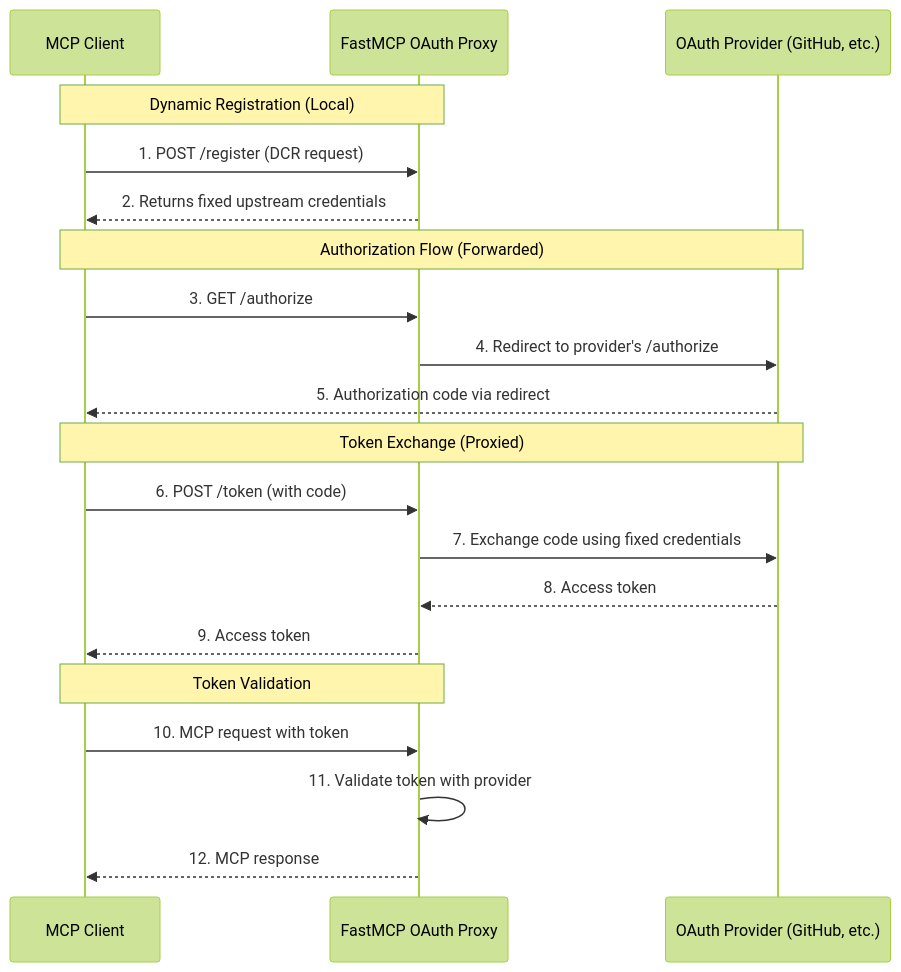
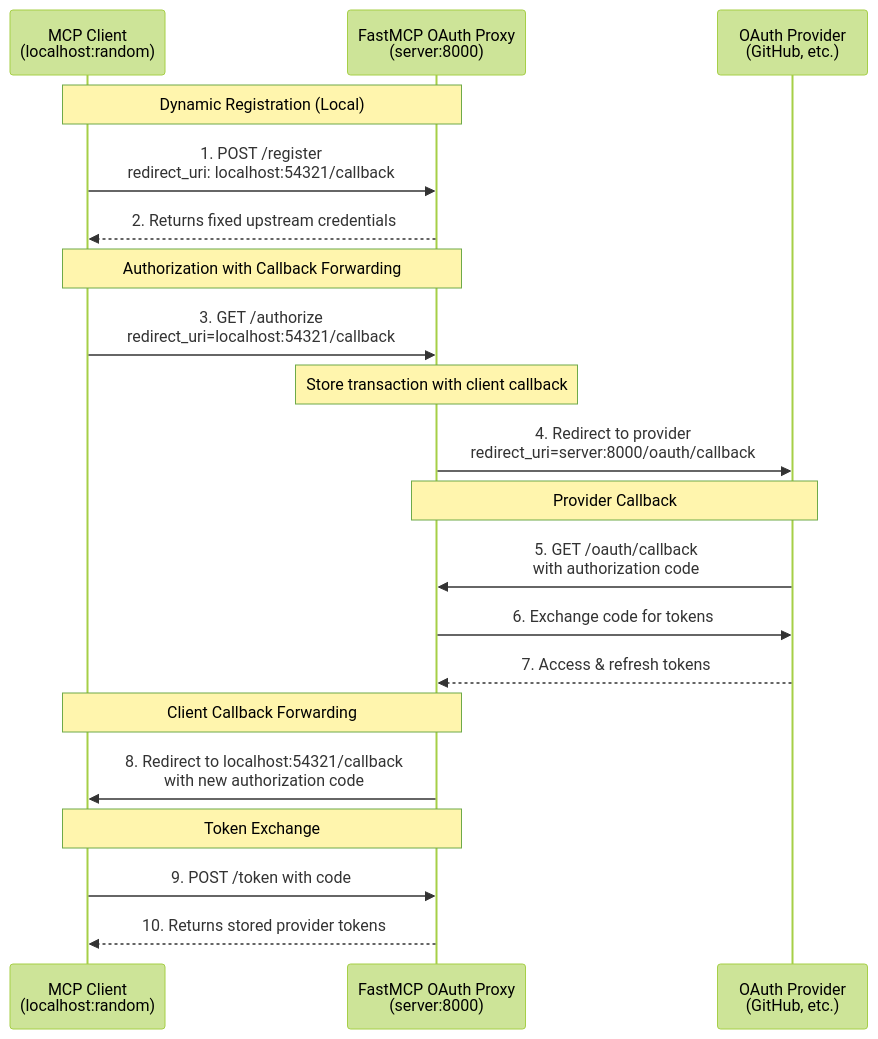
One commit to jlowin/fastmcp changed the diagram in docs/servers/auth/oauth-proxy.mdx. Above: the diagram before and after it, drawn with Mermaid (forest theme). The commit also changed other lines of this file and 4 other files, not shown here.

````diff
--- a/docs/servers/auth/oauth-proxy.mdx
+++ b/docs/servers/auth/oauth-proxy.mdx
@@ -35,26 +35,27 @@
 ```mermaid
 sequenceDiagram
-    participant Client as MCP Client
-    participant Proxy as FastMCP OAuth Proxy
-    participant Provider as OAuth Provider (GitHub, etc.)
+    participant Client as MCP Client<br/>(localhost:random)
+    participant Proxy as FastMCP OAuth Proxy<br/>(server:8000)
+    participant Provider as OAuth Provider<br/>(GitHub, etc.)
 
     Note over Client, Proxy: Dynamic Registration (Local)
-    Client->>Proxy: 1. POST /register (DCR request)
+    Client->>Proxy: 1. POST /register<br/>redirect_uri: localhost:54321/callback
     Proxy-->>Client: 2. Returns fixed upstream credentials
 
-    Note over Client, Provider: Authorization Flow (Forwarded)
-    Client->>Proxy: 3. GET /authorize
-    Proxy->>Provider: 4. Redirect to provider's /authorize
-    Provider-->>Client: 5. Authorization code via redirect
-
-    Note over Client, Provider: Token Exchange (Proxied)
-    Client->>Proxy: 6. POST /token (with code)
-    Proxy->>Provider: 7. Exchange code using fixed credentials
-    Provider-->>Proxy: 8. Access token
-    Proxy-->>Client: 9. Access token
-
-    Note over Client, Proxy: Token Validation
-    Client->>Proxy: 10. MCP request with token
-    Proxy->>Proxy: 11. Validate token with provider
-    Proxy-->>Client: 12. MCP response
+    Note over Client, Proxy: Authorization with Callback Forwarding
+    Client->>Proxy: 3. GET /authorize<br/>redirect_uri=localhost:54321/callback
+    Note over Proxy: Store transaction with client callback
+    Proxy->>Provider: 4. Redirect to provider<br/>redirect_uri=server:8000/oauth/callback
+    
+    Note over Provider, Proxy: Provider Callback
+    Provider->>Proxy: 5. GET /oauth/callback<br/>with authorization code
+    Proxy->>Provider: 6. Exchange code for tokens
+    Provider-->>Proxy: 7. Access & refresh tokens
+    
+    Note over Proxy, Client: Client Callback Forwarding
+    Proxy->>Client: 8. Redirect to localhost:54321/callback<br/>with new authorization code
+    
+    Note over Client, Proxy: Token Exchange
+    Client->>Proxy: 9. POST /token with code
+    Proxy-->>Client: 10. Returns stored provider tokens
 ```
````
